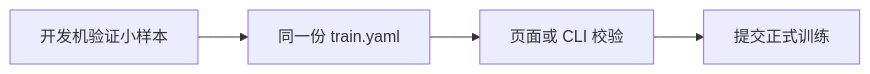
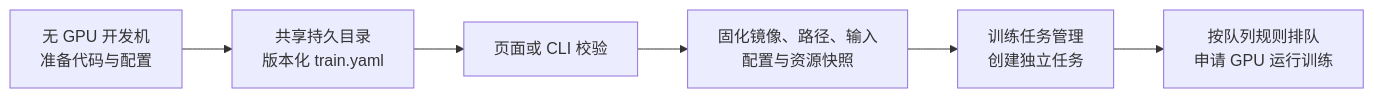
The second of 2 diagrams in docs/平台规划/3.1-开发环境与配置.md (gqcn/ltp), drawn with Mermaid before and after one commit. The commit also changed other lines of this file and 7 other files, not shown here.

````diff
--- a/docs/平台规划/3.1-开发环境与配置.md
+++ b/docs/平台规划/3.1-开发环境与配置.md
@@ -96,6 +101,8 @@
 ```mermaid
 flowchart LR
-    A["开发机验证小样本"] --> B["同一份 train.yaml"]
+    A["无 GPU 开发机<br/>准备代码与配置"] --> B["共享持久目录<br/>版本化 train.yaml"]
     B --> C["页面或 CLI 校验"]
-    C --> D["提交正式训练"]
+    C --> D["固化镜像、路径、输入<br/>配置与资源快照"]
+    D --> E["训练任务管理<br/>创建独立任务"]
+    E --> F["按队列规则排队<br/>申请 GPU 运行训练"]
 ```
````
